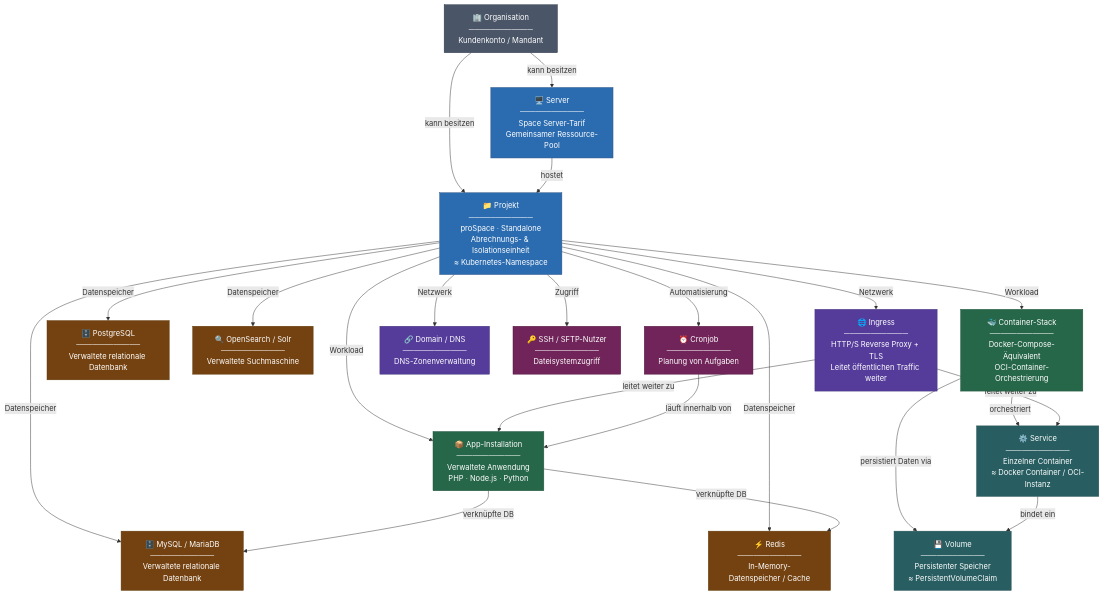
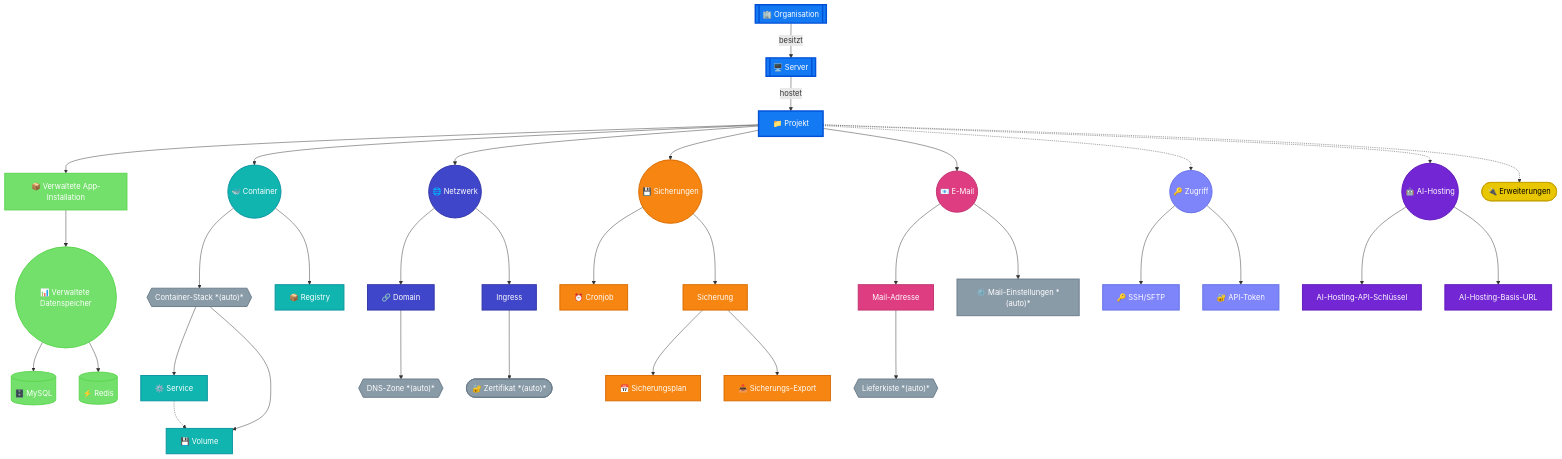
The diagram in i18n/de/docusaurus-plugin-content-docs/current/platform/overview.mdx (mittwald/developer-portal), drawn with Mermaid before and after one commit. The commit also changed other lines of this file and 3 other files, not shown here.

Commit message:
Add diagram viewer component, use on overview page, polish

````diff
--- a/i18n/de/docusaurus-plugin-content-docs/current/platform/overview.mdx
+++ b/i18n/de/docusaurus-plugin-content-docs/current/platform/overview.mdx
@@ -18,70 +26,109 @@
 ```mermaid
 graph TD
-    ORG["🏢 Organisation\n────────────\nKundenkonto / Mandant"]
+    ORG[["🏢 Organisation"]]
+    SERVER[["🖥️ Server"]]
+    
+    PROJECT["📁 Projekt"]
+    
+    APP["📦 Verwaltete App-Installation"]
+    CONTAINERS(("🐳 Container"))
+    NETWORKING(("🌐 Netzwerk"))
+    BACKUPS(("💾 Sicherungen"))
+    MAIL(("📧 E-Mail"))
+    ACCESS(("🔑 Zugriff"))
+    AIHOST(("🤖 AI-Hosting"))
+    EXTENSIONS(["🔌 Erweiterungen"])
+    
+    DATASTORES(("📊 Verwaltete Datenspeicher"))
+    MYSQL[("🗄️ MySQL")]
+    REDIS[("⚡ Redis")]
+    
+    STACK{{"Container-Stack *(auto)*"}}
+    SERVICE["⚙️ Service"]
+    VOLUME["💾 Volume"]
+    REGISTRY["📦 Registry"]
+    
+    DOMAIN["🔗 Domain"]
+    DNSZONE{{"DNS-Zone *(auto)*"}}
+    INGRESS["Ingress"]
+    CERT(["🔐 Zertifikat *(auto)*"])
+    
+    CRONJOB["⏰ Cronjob"]
+    BACKUP["Sicherung"]
+    BACKUPSCHED["📅 Sicherungsplan"]
+    BACKUPEXPORT["📥 Sicherungs-Export"]
+    
+    MAILADDR["Mail-Adresse"]
+    DELIVERYBOX{{"Lieferkiste *(auto)*"}}
+    MAILSETTINGS["⚙️ Mail-Einstellungen *(auto)*"]
+    
+    SSHSFTP["🔑 SSH/SFTP"]
+    APITOKEN["🔐 API-Token"]
+    
+    AIHOSTKEY["AI-Hosting-API-Schlüssel"]
+    AIHOST_URL["AI-Hosting-Basis-URL"]
 
-    SERVER["🖥️ Server\n────────────\nSpace Server-Tarif\nGemeinsamer Ressource-Pool"]
-    PROJECT["📁 Projekt\n────────────\nproSpace · Standalone\nAbrechnungs- & Isolationseinheit\n≈ Kubernetes-Namespace"]
+    ORG -->|besitzt| SERVER
+    SERVER -->|hostet| PROJECT
 
-    APP["📦 App-Installation\n────────────\nVerwaltete Anwendung\nPHP · Node.js · Python"]
-    STACK["🐳 Container-Stack\n────────────\nDocker-Compose-Äquivalent\nOCI-Container-Orchestrierung"]
+    PROJECT --> APP
+    PROJECT --> CONTAINERS
+    PROJECT --> NETWORKING
+    PROJECT --> BACKUPS
+    PROJECT --> MAIL
+    PROJECT -.-> ACCESS
+    PROJECT -.-> AIHOST
+    PROJECT -.-> EXTENSIONS
 
-    SERVICE["⚙️ Service\n────────────\nEinzelner Container\n≈ Docker Container / OCI-Instanz"]
-    VOLUME["💾 Volume\n────────────\nPersistenter Speicher\n≈ PersistentVolumeClaim"]
+    APP --> DATASTORES
+    DATASTORES --> MYSQL
+    DATASTORES --> REDIS
 
-    MYSQL["🗄️ MySQL / MariaDB\n────────────\nVerwaltete relationale Datenbank"]
-    PGSQL["🗄️ PostgreSQL\n────────────\nVerwaltete relationale Datenbank"]
-    REDIS["⚡ Redis\n────────────\nIn-Memory-Datenspeicher / Cache"]
-    OPENSEARCH["🔍 OpenSearch / Solr\n────────────\nVerwaltete Suchmaschine"]
+    CONTAINERS --> STACK
+    CONTAINERS --> REGISTRY
+    STACK --> SERVICE
+    STACK --> VOLUME
+    SERVICE -.-> VOLUME
 
-    INGRESS["🌐 Ingress\n────────────\nHTTP/S Reverse Proxy + TLS\nLeitet öffentlichen Traffic weiter"]
-    DOMAIN["🔗 Domain / DNS\n────────────\nDNS-Zonenverwaltung"]
+    NETWORKING --> DOMAIN
+    NETWORKING --> INGRESS
+    DOMAIN --> DNSZONE
+    INGRESS --> CERT
 
-    SSH["🔑 SSH / SFTP-Nutzer\n────────────\nDateisystemzugriff"]
-    CRON["⏰ Cronjob\n────────────\nPlanung von Aufgaben"]
+    BACKUPS --> CRONJOB
+    BACKUPS --> BACKUP
+    BACKUP --> BACKUPSCHED
+    BACKUP --> BACKUPEXPORT
 
-    ORG -->|"kann besitzen"| SERVER
-    ORG -->|"kann besitzen"| PROJECT
-    SERVER -->|"hostet"| PROJECT
+    MAIL --> MAILADDR
+    MAILADDR --> DELIVERYBOX
+    MAIL --> MAILSETTINGS
 
-    PROJECT -->|"Workload"| APP
-    PROJECT -->|"Workload"| STACK
+    ACCESS --> SSHSFTP
+    ACCESS --> APITOKEN
 
-    PROJECT -->|"Datenspeicher"| MYSQL
-    PROJECT -->|"Datenspeicher"| PGSQL
-    PROJECT -->|"Datenspeicher"| REDIS
-    PROJECT -->|"Datenspeicher"| OPENSEARCH
+    AIHOST --> AIHOSTKEY
+    AIHOST --> AIHOST_URL
 
-    PROJECT -->|"Netzwerk"| INGRESS
-    PROJECT -->|"Netzwerk"| DOMAIN
+    classDef brandOrg fill:#147af3,stroke:#0050d8,color:#fff,stroke-width:3px
+    classDef managed fill:#72e06a,stroke:#5cd54f,color:#fff,stroke-width:2px
+    classDef containers fill:#0fb5ae,stroke:#0a94a1,color:#fff,stroke-width:2px
+    classDef networking fill:#4046ca,stroke:#3035a7,color:#fff,stroke-width:2px
+    classDef backups fill:#f68511,stroke:#d96b00,color:#fff,stroke-width:2px
+    classDef mail fill:#de3d82,stroke:#c1326f,color:#fff,stroke-width:2px
+    classDef access fill:#7e84fa,stroke:#6572e5,color:#fff,stroke-width:2px
+    classDef aiHosting fill:#7326d3,stroke:#6217bb,color:#fff,stroke-width:2px
+    classDef extensions fill:#e8c600,stroke:#c9a400,color:#000,stroke-width:2px
+    classDef autocreated fill:#8a9ba8,stroke:#6b7c8a,color:#fff
 
-    PROJECT -->|"Zugriff"| SSH
-    PROJECT -->|"Automatisierung"| CRON
-
-    STACK -->|"orchestriert"| SERVICE
-    STACK -->|"persistiert Daten via"| VOLUME
-    SERVICE -->|"bindet ein"| VOLUME
-
-    INGRESS -->|"leitet weiter zu"| APP
-    INGRESS -->|"leitet weiter zu"| SERVICE
-
-    APP -->|"verknüpfte DB"| MYSQL
-    APP -->|"verknüpfte DB"| REDIS
-
-    CRON -->|"läuft innerhalb von"| APP
-
-    classDef org fill:#4a5568,stroke:#2d3748,color:#fff
-    classDef hosting fill:#2b6cb0,stroke:#2c5282,color:#fff
-    classDef workload fill:#276749,stroke:#22543d,color:#fff
-    classDef container fill:#285e61,stroke:#234e52,color:#fff
-    classDef database fill:#744210,stroke:#5c3707,color:#fff
-    classDef network fill:#553c9a,stroke:#44337a,color:#fff
-    classDef access fill:#702459,stroke:#521b41,color:#fff
-
-    class ORG org
-    class SERVER,PROJECT hosting
-    class APP,STACK workload
-    class SERVICE,VOLUME container
-    class MYSQL,PGSQL,REDIS,OPENSEARCH database
-    class INGRESS,DOMAIN network
-    class SSH,CRON access
+    class ORG,SERVER,PROJECT brandOrg
+    class APP,DATASTORES,MYSQL,REDIS managed
+    class CONTAINERS,STACK,SERVICE,VOLUME,REGISTRY containers
+    class NETWORKING,DOMAIN,DNSZONE,INGRESS,CERT networking
+    class BACKUPS,CRONJOB,BACKUP,BACKUPSCHED,BACKUPEXPORT backups
+    class MAIL,MAILADDR,DELIVERYBOX,MAILSETTINGS mail
+    class ACCESS,SSHSFTP,APITOKEN access
+    class AIHOST,AIHOSTKEY,AIHOST_URL aiHosting
+    class EXTENSIONS extensions
+    class STACK,DNSZONE,CERT,DELIVERYBOX,MAILSETTINGS autocreated
 ```
````
